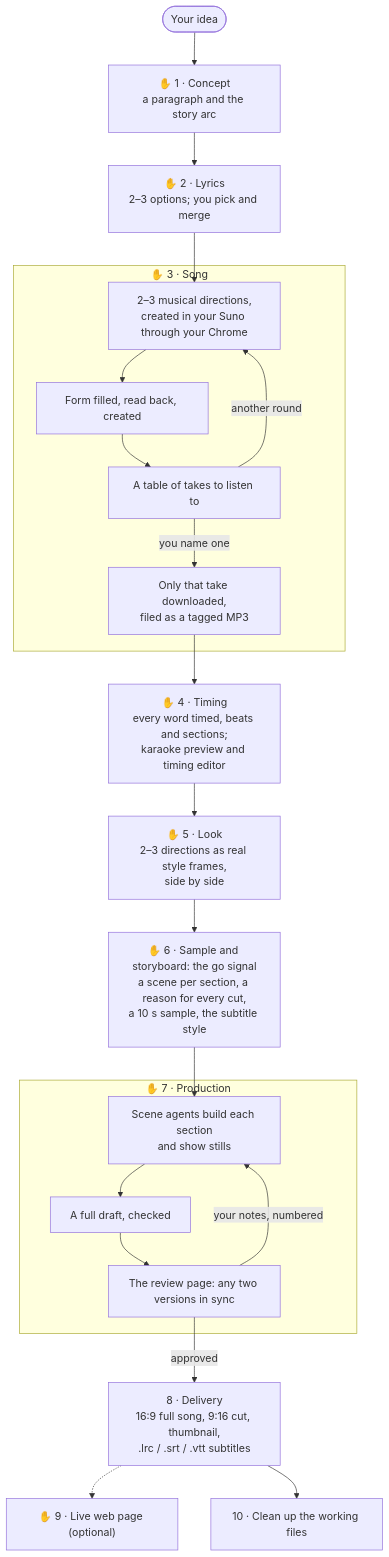
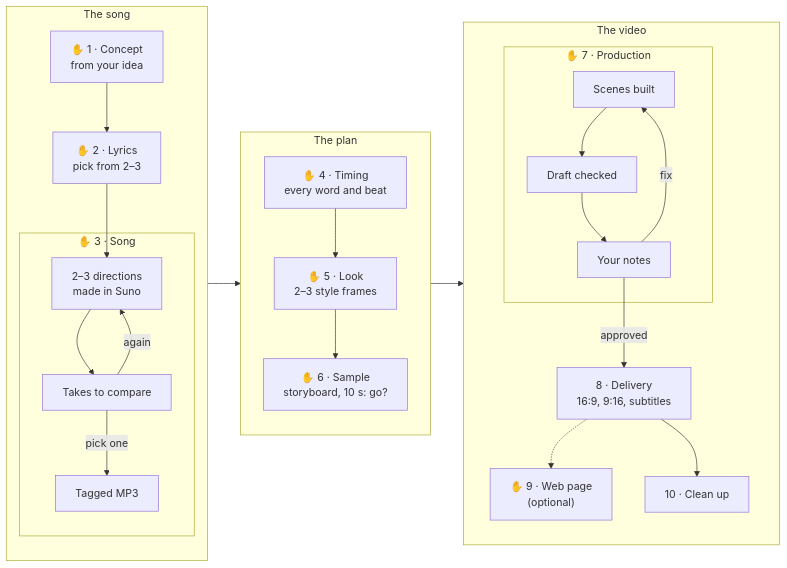
One commit to DanielLandi/plugins changed the diagram in music-video/README.md. Above: the diagram before and after it, drawn with Mermaid.

Commit message:
music-video README: the flow diagram in three columns, with shorter boxes

````diff
--- a/music-video/README.md
+++ b/music-video/README.md
@@ -28,28 +28,33 @@
 ```mermaid
-flowchart TD
-    idea(["Your idea"]) --> concept
-    concept["✋ 1 · Concept<br/>a paragraph and the story arc"] --> lyrics
-    lyrics["✋ 2 · Lyrics<br/>2–3 options; you pick and merge"] --> directions
-
-    subgraph song ["✋ 3 · Song"]
-        directions["2–3 musical directions,<br/>created in your Suno through your Chrome"] --> create["Form filled, read back, created"]
-        create --> takes["A table of takes to listen to"]
-        takes -- "another round" --> directions
-        takes -- "you name one" --> download["Only that take downloaded,<br/>filed as a tagged MP3"]
+flowchart LR
+    subgraph write ["The song"]
+        direction TB
+        concept["✋ 1 · Concept<br/>from your idea"] --> lyrics["✋ 2 · Lyrics<br/>pick from 2–3"]
+        lyrics --> directions
+        subgraph song ["✋ 3 · Song"]
+            directions["2–3 directions<br/>made in Suno"] --> takes["Takes to compare"]
+            takes -- "again" --> directions
+            takes -- "pick one" --> mp3["Tagged MP3"]
+        end
     end
 
-    download --> timing["✋ 4 · Timing<br/>every word timed, beats and sections;<br/>karaoke preview and timing editor"]
-    timing --> look["✋ 5 · Look<br/>2–3 directions as real style frames,<br/>side by side"]
-    look --> sample["✋ 6 · Sample and storyboard: the go signal<br/>a scene per section, a reason for every cut,<br/>a 10 s sample, the subtitle style"]
-    sample --> scenes
-
-    subgraph production ["✋ 7 · Production"]
-        scenes["Scene agents build each section<br/>and show stills"] --> draft["A full draft, checked"]
-        draft --> review["The review page: any two versions in sync"]
-        review -- "your notes, numbered" --> scenes
+    subgraph plan ["The plan"]
+        direction TB
+        timing["✋ 4 · Timing<br/>every word and beat"] --> look["✋ 5 · Look<br/>2–3 style frames"]
+        look --> sample["✋ 6 · Sample<br/>storyboard, 10 s: go?"]
     end
 
-    review -- "approved" --> delivery["8 · Delivery<br/>16:9 full song, 9:16 cut, thumbnail,<br/>.lrc / .srt / .vtt subtitles"]
-    delivery -.-> web["✋ 9 · Live web page (optional)"]
-    delivery --> clean["10 · Clean up the working files"]
+    subgraph make ["The video"]
+        direction TB
+        subgraph production ["✋ 7 · Production"]
+            scenes["Scenes built"] --> draft["Draft checked"]
+            draft --> notes["Your notes"]
+            notes -- "fix" --> scenes
+        end
+        notes -- "approved" --> delivery["8 · Delivery<br/>16:9, 9:16, subtitles"]
+        delivery -.-> web["✋ 9 · Web page<br/>(optional)"]
+        delivery --> clean["10 · Clean up"]
+    end
+
+    write --> plan --> make
 ```
````
